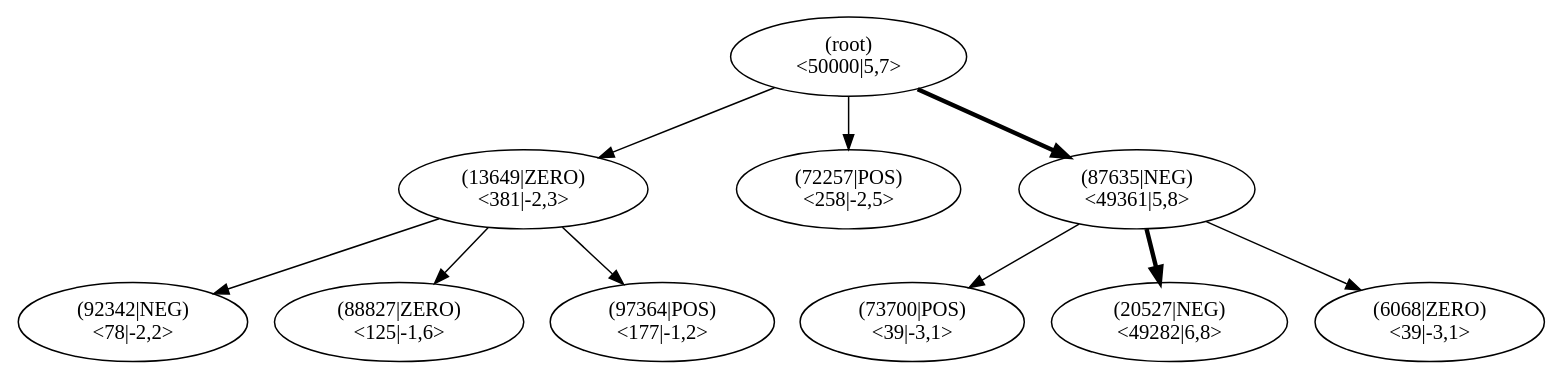
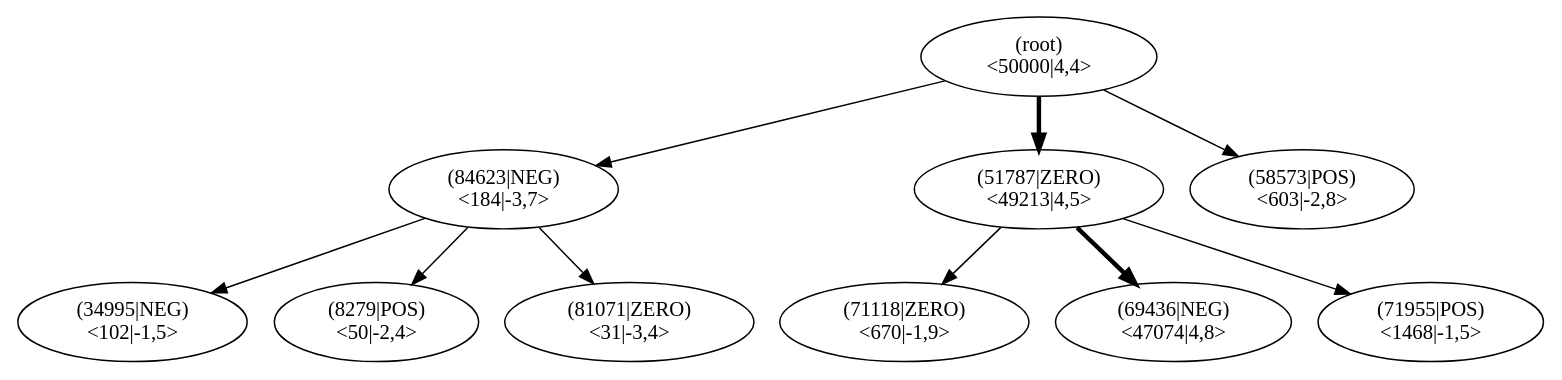
Before and after one commit to JonasHellgren/relexp-java: the diagram in pictures/ch13/lane_runner_mcts.dot, drawn with Graphviz. The commit also changed 10 other files, not shown here.

```diff
--- a/pictures/ch13/lane_runner_mcts.dot
+++ b/pictures/ch13/lane_runner_mcts.dot
@@ -1,32 +1,32 @@
 digraph MCTS {
 node [shape=ellipse];
 Nroot [label="(root)
-<50000|5,7>"];
-Nroot -> N13649[penwidth=1];
-N13649 [label="(13649|ZERO)
-<381|-2,3>"];
-N13649 -> N92342[penwidth=1];
-N92342 [label="(92342|NEG)
-<78|-2,2>"];
-N13649 -> N88827[penwidth=1];
-N88827 [label="(88827|ZERO)
-<125|-1,6>"];
-N13649 -> N97364[penwidth=1];
-N97364 [label="(97364|POS)
-<177|-1,2>"];
-Nroot -> N72257[penwidth=1];
-N72257 [label="(72257|POS)
-<258|-2,5>"];
-Nroot -> N87635[penwidth=3];
-N87635 [label="(87635|NEG)
-<49361|5,8>"];
-N87635 -> N73700[penwidth=1];
-N73700 [label="(73700|POS)
-<39|-3,1>"];
-N87635 -> N20527[penwidth=3];
-N20527 [label="(20527|NEG)
-<49282|6,8>"];
-N87635 -> N6068[penwidth=1];
-N6068 [label="(6068|ZERO)
-<39|-3,1>"];
+<50000|4,4>"];
+Nroot -> N84623[penwidth=1];
+N84623 [label="(84623|NEG)
+<184|-3,7>"];
+N84623 -> N34995[penwidth=1];
+N34995 [label="(34995|NEG)
+<102|-1,5>"];
+N84623 -> N8279[penwidth=1];
+N8279 [label="(8279|POS)
+<50|-2,4>"];
+N84623 -> N81071[penwidth=1];
+N81071 [label="(81071|ZERO)
+<31|-3,4>"];
+Nroot -> N51787[penwidth=3];
+N51787 [label="(51787|ZERO)
+<49213|4,5>"];
+N51787 -> N71118[penwidth=1];
+N71118 [label="(71118|ZERO)
+<670|-1,9>"];
+N51787 -> N69436[penwidth=3];
+N69436 [label="(69436|NEG)
+<47074|4,8>"];
+N51787 -> N71955[penwidth=1];
+N71955 [label="(71955|POS)
+<1468|-1,5>"];
+Nroot -> N58573[penwidth=1];
+N58573 [label="(58573|POS)
+<603|-2,8>"];
 }
```
